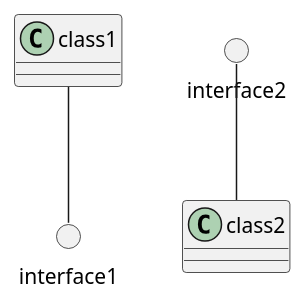
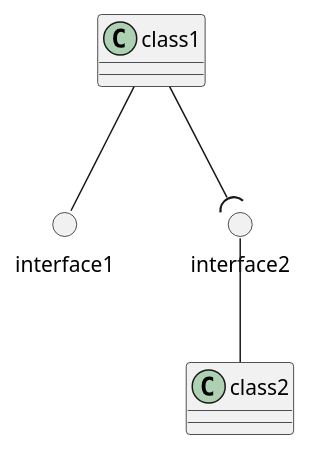
The ninth of 14 diagrams in doc/spec/spec-class-diagram-advanced.md (zhongjinggz/vp-cli), drawn with PlantUML before and after one commit. The commit also changed other lines of this file and 13 other files, not shown here.

````diff
--- a/doc/spec/spec-class-diagram-advanced.md
+++ b/doc/spec/spec-class-diagram-advanced.md
@@ -235,13 +237,14 @@
 ```plantuml
 @startuml
 class class1 {}
 class class2 {}
 
 circle interface1
 circle interface2
 
 class1 -- interface1
 interface2 -- class2
+class1 --( interface2
 
 @enduml
 ```
````
